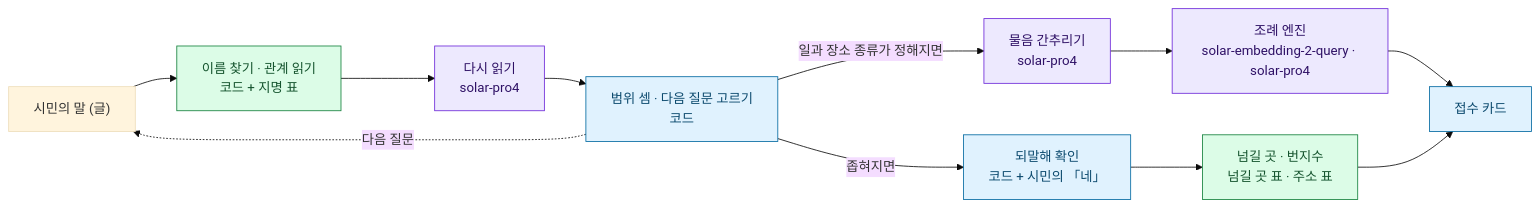
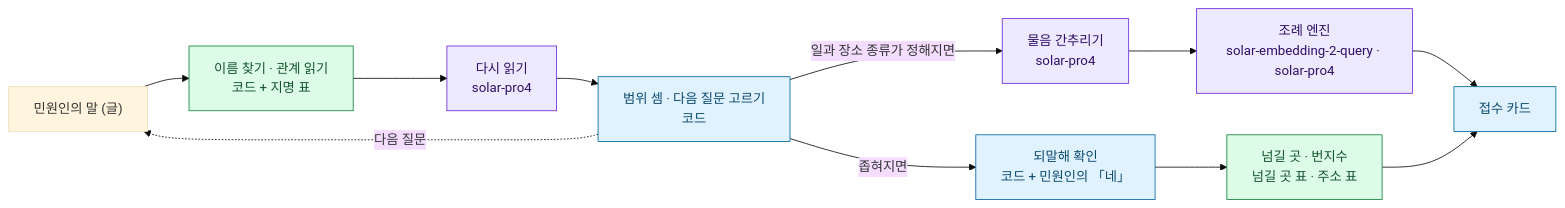
One commit to team-gg-aibc/aibc2026-gg changed the diagram in README.md. Above: the diagram before and after it, drawn with Mermaid (base theme). The commit also changed other lines of this file and 3 other files, not shown here.

````diff
--- a/README.md
+++ b/README.md
@@ -88,20 +90,20 @@
 ```mermaid
 flowchart LR
-  Say["시민의 말 (글)"] --> Find["이름 찾기 · 관계 읽기<br>코드 + 지명 표"]
+  Say["민원인의 말 (글)"] --> Find["이름 찾기 · 관계 읽기<br>코드 + 지명 표"]
   Find --> Read["다시 읽기<br>solar-pro4"]
   Read --> Narrow["범위 셈 · 다음 질문 고르기<br>코드"]
   Narrow -.->|다음 질문| Say
-  Narrow -->|좁혀지면| Confirm["되말해 확인<br>코드 + 시민의 「네」"]
+  Narrow -->|좁혀지면| Confirm["되말해 확인<br>코드 + 민원인의 「네」"]
   Confirm --> Route["넘길 곳 · 번지수<br>넘길 곳 표 · 주소 표"]
   Narrow -->|일과 장소 종류가 정해지면| Ask["물음 간추리기<br>solar-pro4"]
   Ask --> Engine["조례 엔진<br>solar-embedding-2-query · solar-pro4"]
   Engine --> Card["접수 카드"]
   Route --> Card
 
   classDef model fill:#ede9fe,stroke:#6d28d9,color:#2e1065
   classDef code fill:#e0f2fe,stroke:#0369a1,color:#0c4a6e
   classDef data fill:#dcfce7,stroke:#15803d,color:#14532d
   class Read,Ask,Engine model
   class Narrow,Confirm,Card code
   class Find,Route data
 ```
````
